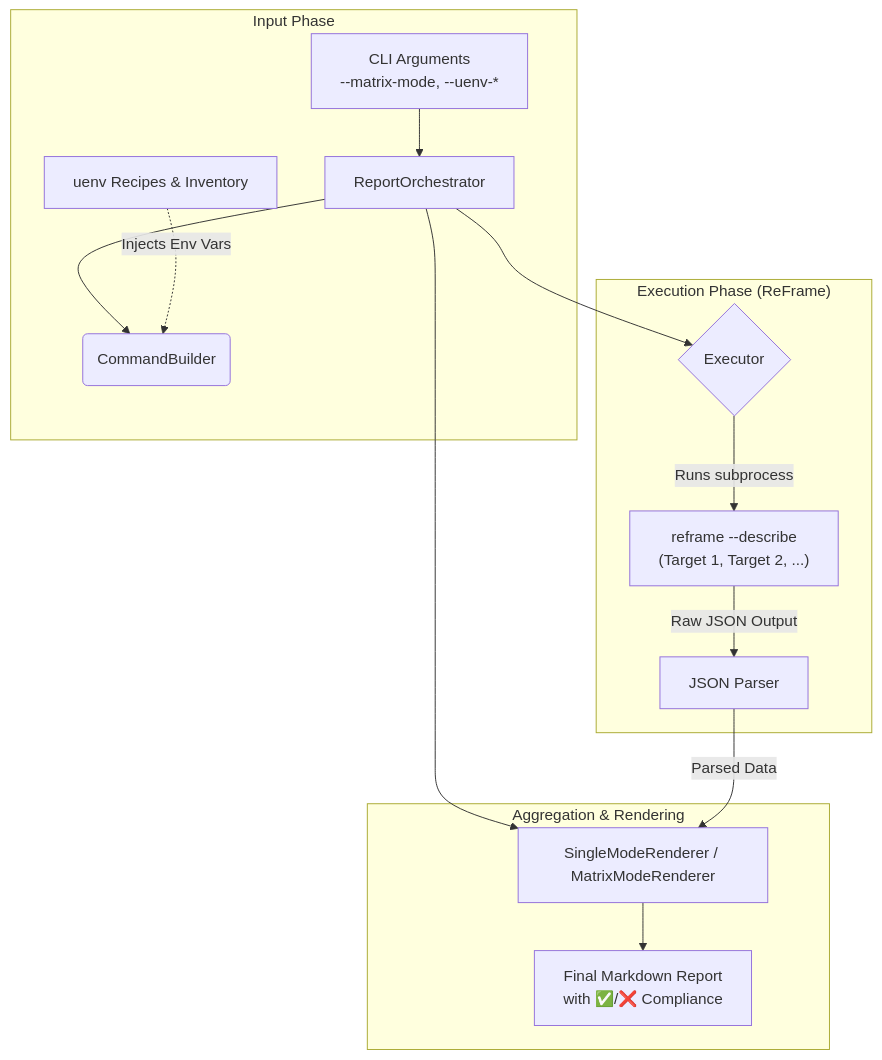
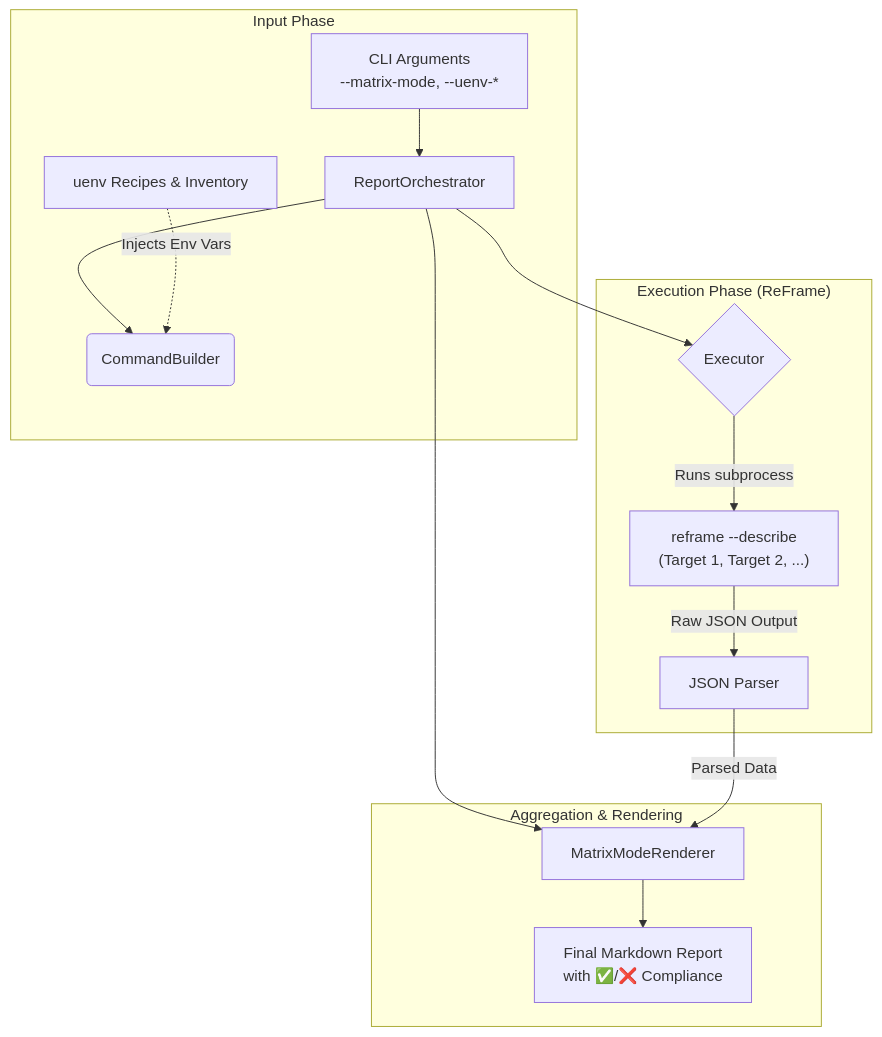
One commit to eth-cscs/cscs-reframe-tests changed the diagram in reframe_reporter/README.md. Above: the diagram before and after it, drawn with Mermaid. The commit also changed other lines of this file, not shown here.

Commit message:
Remove stale single-system mode references from README

````diff
--- a/reframe_reporter/README.md
+++ b/reframe_reporter/README.md
@@ -55,20 +55,20 @@
 ```mermaid
 graph TD
     subgraph "Input Phase"
         A[CLI Arguments<br/>--matrix-mode, --uenv-*] --> O[ReportOrchestrator]
         O --> B(CommandBuilder)
         C[uenv Recipes & Inventory] -.->|Injects Env Vars| B
     end
 
     subgraph "Execution Phase (ReFrame)"
         O --> D{Executor}
         D -->|Runs subprocess| E["reframe --describe<br/>(Target 1, Target 2, ...)"]
         E -->|Raw JSON Output| F[JSON Parser]
     end
 
     subgraph "Aggregation & Rendering"
-        O --> R[SingleModeRenderer / MatrixModeRenderer]
+        O --> R[MatrixModeRenderer]
         F -->|Parsed Data| R
         R --> I[Final Markdown Report<br/>with ✅/❌ Compliance]
     end
 ```
````
